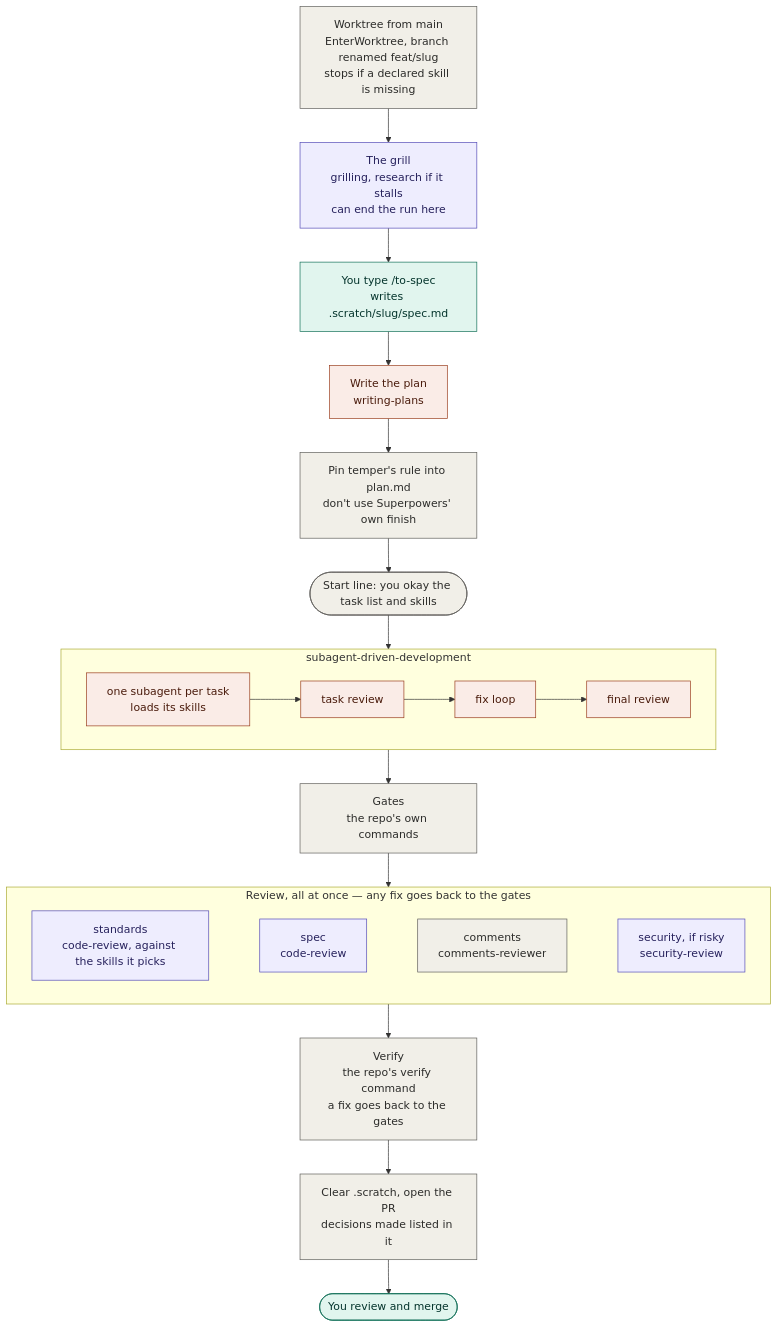
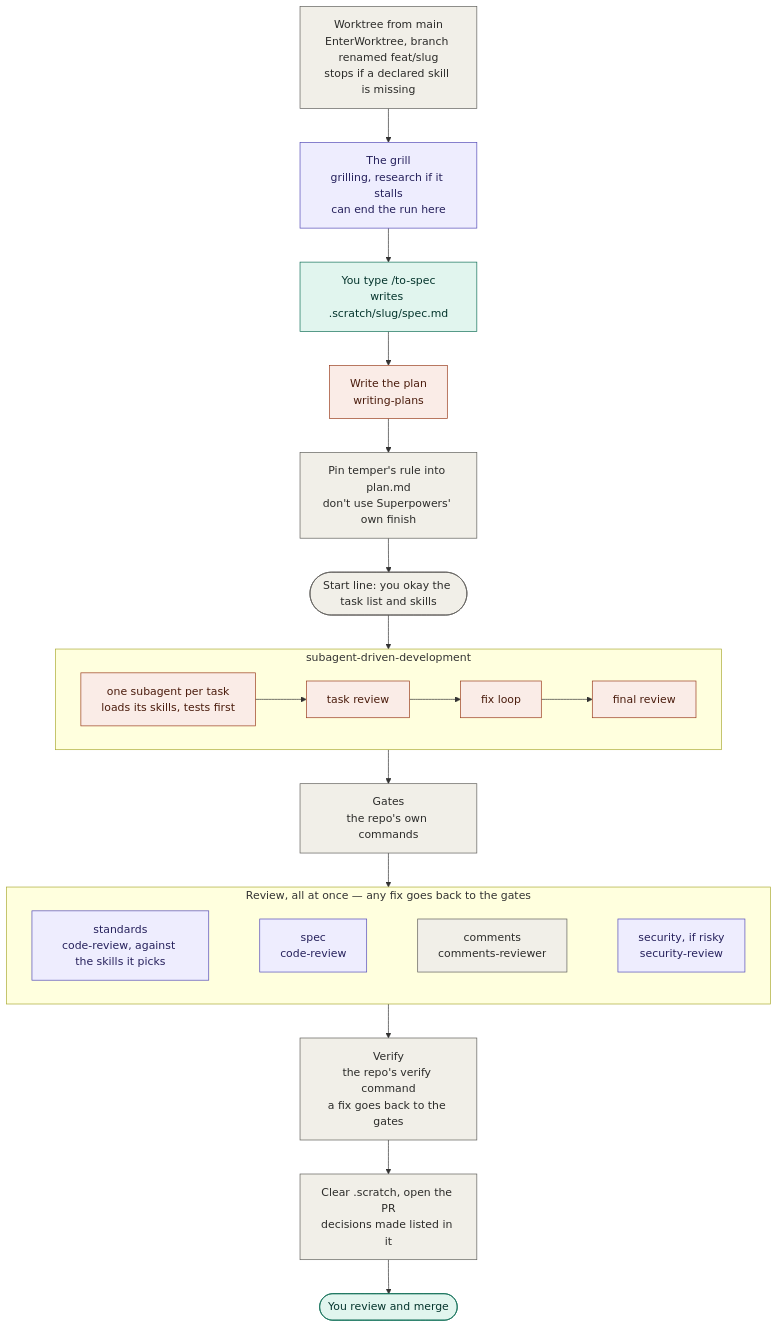
The first of 6 diagrams in README.md (junayed711/temper), drawn with Mermaid before and after one commit. The commit also changed other lines of this file, not shown here.

Commit message:
show test-first in the readme feature and bug diagrams

````diff
--- a/README.md
+++ b/README.md
@@ -354,36 +354,36 @@
 ```mermaid
 flowchart TD
     wt["Worktree from main<br/>EnterWorktree, branch renamed feat/slug<br/>stops if a declared skill is missing"]:::temper
     grill["The grill<br/>grilling, research if it stalls<br/>can end the run here"]:::matt
     spec["You type /to-spec<br/>writes .scratch/slug/spec.md"]:::you
     plan["Write the plan<br/>writing-plans"]:::sp
     pin["Pin temper's rule into plan.md<br/>don't use Superpowers' own finish"]:::temper
     go(["Start line: you okay the task list and skills"]):::temper
 
     subgraph build["subagent-driven-development"]
         direction LR
-        b1["one subagent per task<br/>loads its skills"]:::sp --> b2["task review"]:::sp --> b3["fix loop"]:::sp --> b4["final review"]:::sp
+        b1["one subagent per task<br/>loads its skills, tests first"]:::sp --> b2["task review"]:::sp --> b3["fix loop"]:::sp --> b4["final review"]:::sp
     end
 
     gates["Gates<br/>the repo's own commands"]:::temper
 
     subgraph panel["Review, all at once — any fix goes back to the gates"]
         direction LR
         r1["standards<br/>code-review, against the skills it picks"]:::matt
         r2["spec<br/>code-review"]:::matt
         r3["comments<br/>comments-reviewer"]:::temper
         r4["security, if risky<br/>security-review"]:::matt
         r1 ~~~ r2 ~~~ r3 ~~~ r4
     end
 
     verify["Verify<br/>the repo's verify command<br/>a fix goes back to the gates"]:::temper
     pr["Clear .scratch, open the PR<br/>decisions made listed in it"]:::temper
     merge(["You review and merge"]):::you
 
     wt --> grill --> spec --> plan --> pin --> go --> build --> gates --> panel --> verify --> pr --> merge
 
     classDef matt fill:#EEEDFE,stroke:#534AB7,color:#26215C
     classDef sp fill:#FAECE7,stroke:#993C1D,color:#4A1B0C
     classDef you fill:#E1F5EE,stroke:#0F6E56,color:#04342C
     classDef temper fill:#F1EFE8,stroke:#5F5E5A,color:#2C2C2A
 ```
````
